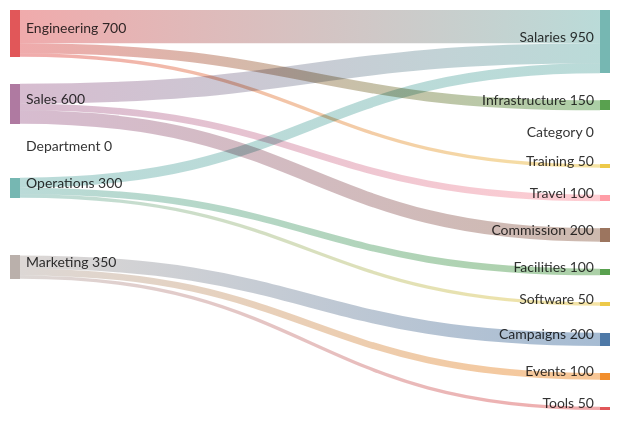
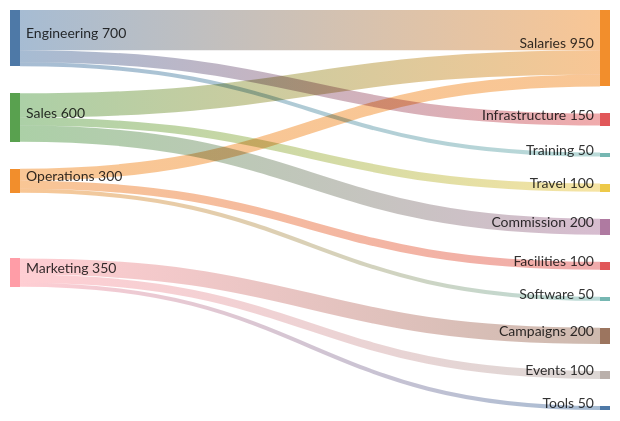
Diagram 11 of 19 in plugins/obsidian-blocks/skills/mermaid-diagramming/sankey.md (BitYoungjae/marketplace), drawn with Mermaid before and after one commit. The commit also changed other lines of this file and 14 other files, not shown here.

First line of the commit message:
feat(obsidian-blocks): add Session 3 Mermaid diagrams

````diff
--- a/plugins/obsidian-blocks/skills/mermaid-diagramming/sankey.md
+++ b/plugins/obsidian-blocks/skills/mermaid-diagramming/sankey.md
@@ -171,17 +224,17 @@
 ```mermaid
-sankey
+sankey-beta
 
-Department,Category,Amount
+%% Department budget breakdown
 Engineering,Salaries,500
 Engineering,Infrastructure,150
 Engineering,Training,50
 Sales,Salaries,300
 Sales,Travel,100
 Sales,Commission,200
 Marketing,Campaigns,200
 Marketing,Events,100
 Marketing,Tools,50
 Operations,Salaries,150
 Operations,Facilities,100
 Operations,Software,50
 ```
````
